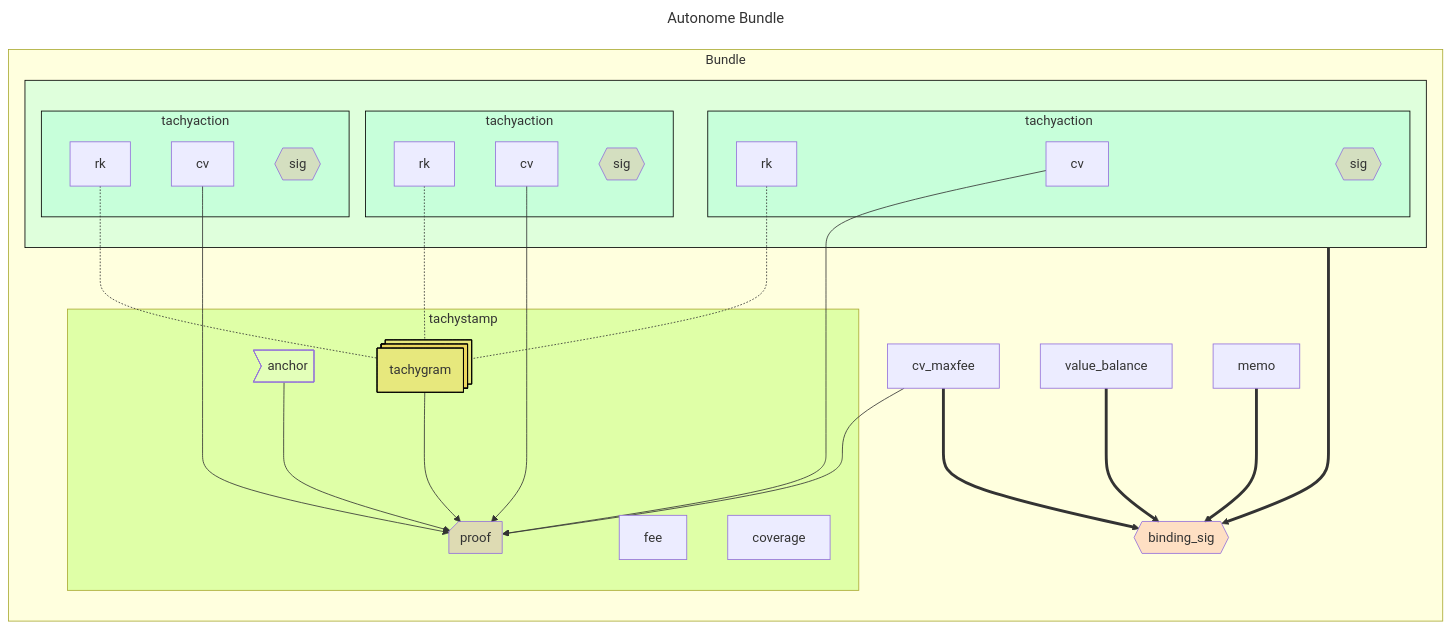
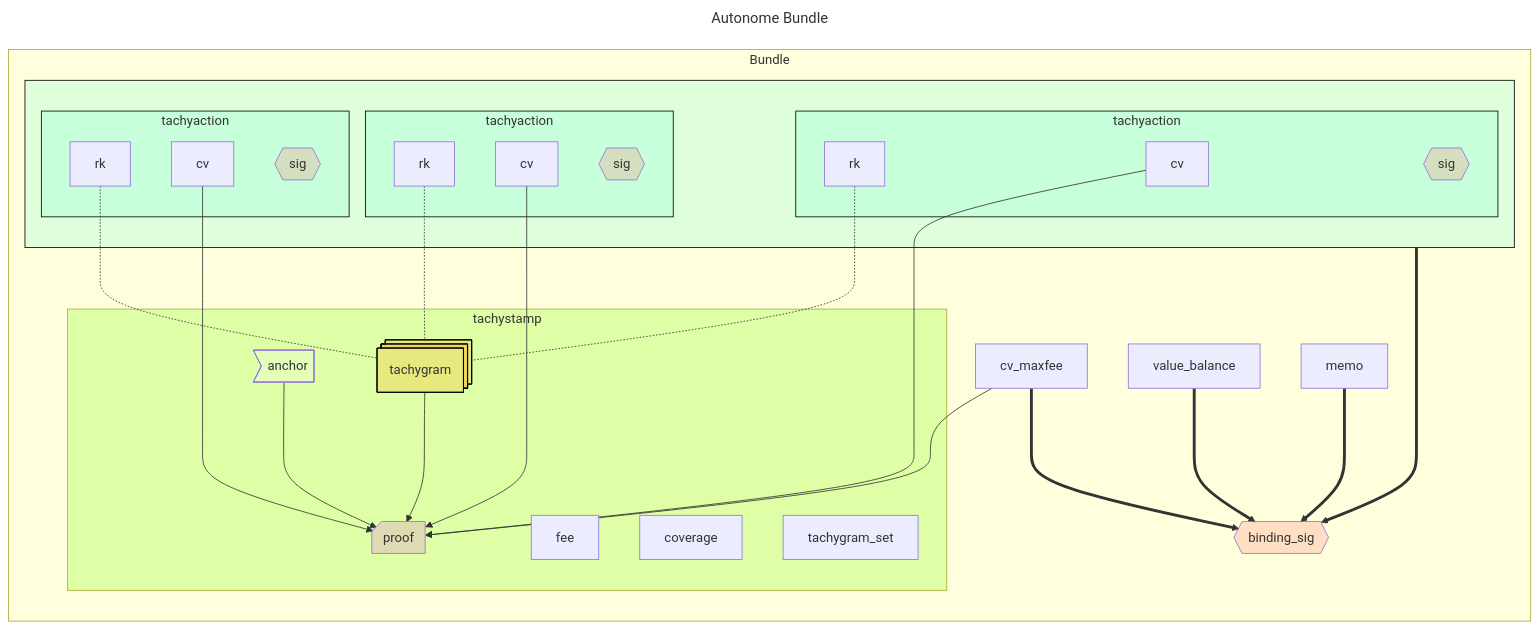
The diagram in book/src/bundle.md (tachyon-zcash/tachyon), drawn with Mermaid before and after one commit. The commit also changed other lines of this file and 1 other file, not shown here.

````diff
--- a/book/src/bundle.md
+++ b/book/src/bundle.md
@@ -82,69 +82,70 @@
 ```mermaid
 ---
 title: Autonome Bundle
 ---
 flowchart LR
 classDef signature fill:#fa807240
 classDef optional fill:#d3d3d340,stroke-dasharray: 5 5
 
 style tachyaction1 fill:#7fffd440,stroke:black
 style tachyaction2 fill:#7fffd440,stroke:black
 style tachyaction3 fill:#7fffd440,stroke:black
 style tachyaction_vec fill:#7fffd440,stroke:black
 
 style tachygram_vec fill:#ffa50040,stroke:black
 style proof fill:#da70d640
 style anchor fill:#f0fff040
 
 style tachystamp fill:#7fff0040
 
 subgraph shielded_data["Bundle"]
 
     subgraph tachyaction_vec[" "]
 
         subgraph tachyaction1["tachyaction"]
             cv1["cv"]
             rk1["rk"]
             sig1:::signature@{shape: hex, label: "sig"}
         end
 
        subgraph tachyaction2["tachyaction"]
             cv2["cv"]
             rk2["rk"]
             sig2:::signature@{shape: hex, label: "sig"}
         end
 
        subgraph tachyaction3["tachyaction"]
             cv3["cv"]
             rk3["rk"]
             sig3:::signature@{shape: hex, label: "sig"}
         end
     end
 
     subgraph tachystamp
         fee
         coverage
+        tachygram_set
         anchor@{shape: odd}
         proof@{shape: notch-rect}
         tachygram_vec@{shape: procs, label: "tachygram"}
 
         anchor ---> proof
         tachygram_vec ---> proof
     end
 
     rk1 & rk2 & rk3 -.- tachygram_vec
     cv1 & cv2 & cv3 ---> proof
 
     sig_binding:::signature@{shape: hex, label: "binding_sig"}
     v_balance["value_balance"]
     cv_maxfee["cv_maxfee"]
     memo
 
     cv_maxfee ---> proof
 
     v_balance ===> sig_binding
     cv_maxfee ===> sig_binding
     memo ===> sig_binding
     tachyaction_vec ===> sig_binding
 end
 ```
````
